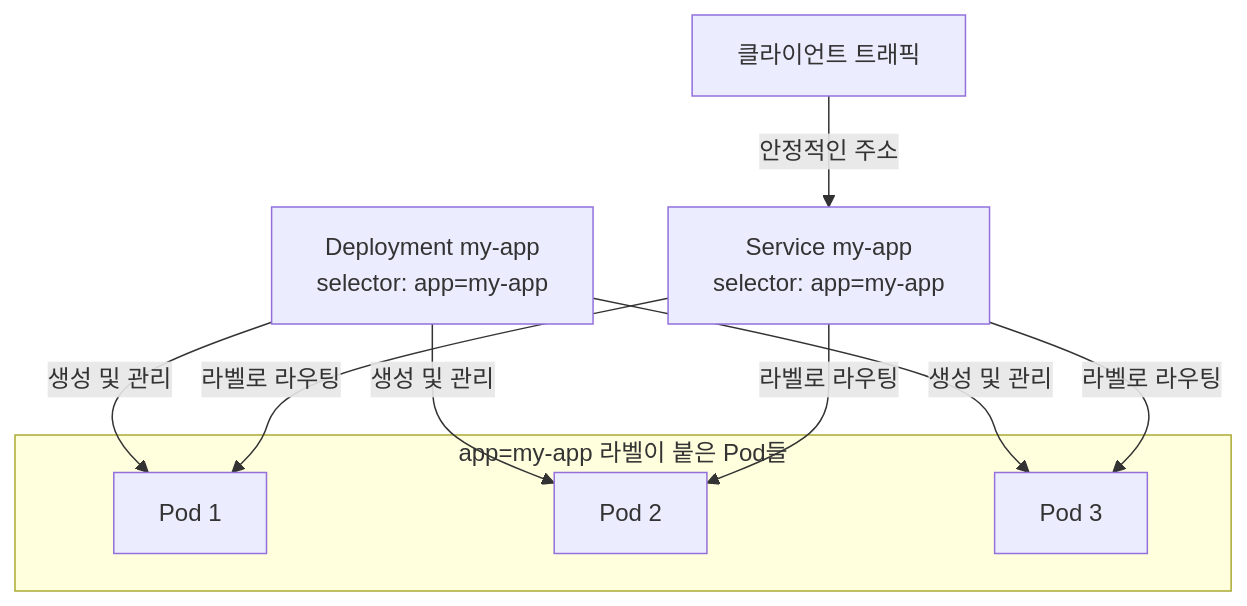
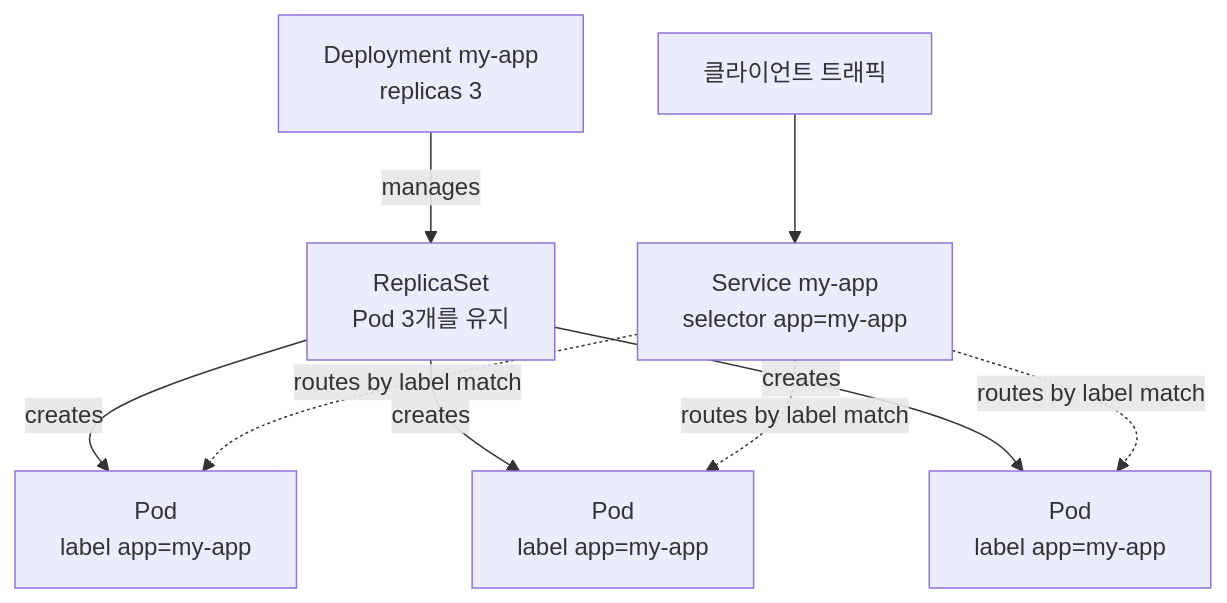
Before and after one commit to maroowe-wan/maroowe-wan.github.io: the diagram in courses/devops-pipeline-eks/lectures/04_k8s-manifests/content.md, drawn with Mermaid. The commit also changed other lines of this file and 202 other files, not shown here.

````diff
--- a/courses/devops-pipeline-eks/lectures/04_k8s-manifests/content.md
+++ b/courses/devops-pipeline-eks/lectures/04_k8s-manifests/content.md
@@ -116,19 +102,20 @@
-```mermaid 라벨 셀렉터가 Deployment, Pod, Service를 연결하는 방식
-flowchart TB
-    Dep["Deployment my-app<br/>selector: app=my-app"]
-    subgraph Pods["app=my-app 라벨이 붙은 Pod들"]
-        P1[Pod 1]
-        P2[Pod 2]
-        P3[Pod 3]
-    end
-    Svc["Service my-app<br/>selector: app=my-app"]
-    Client[클라이언트 트래픽]
+```mermaid 두 매니페스트로 만들어지는 쿠버네티스 오브젝트 관계
+flowchart TD
+    Client["클라이언트 트래픽"]
+    Svc["Service my-app<br/>selector app=my-app"]
+    Deploy["Deployment my-app<br/>replicas 3"]
+    RS["ReplicaSet<br/>Pod 3개를 유지"]
+    P1["Pod<br/>label app=my-app"]
+    P2["Pod<br/>label app=my-app"]
+    P3["Pod<br/>label app=my-app"]
 
-    Dep -->|생성 및 관리| P1
-    Dep -->|생성 및 관리| P2
-    Dep -->|생성 및 관리| P3
-    Client -->|안정적인 주소| Svc
-    Svc -->|라벨로 라우팅| P1
-    Svc -->|라벨로 라우팅| P2
-    Svc -->|라벨로 라우팅| P3
+    Deploy -->|manages| RS
+    RS -->|creates| P1
+    RS -->|creates| P2
+    RS -->|creates| P3
+
+    Client --> Svc
+    Svc -.->|routes by label match| P1
+    Svc -.->|routes by label match| P2
+    Svc -.->|routes by label match| P3
 ```
````
